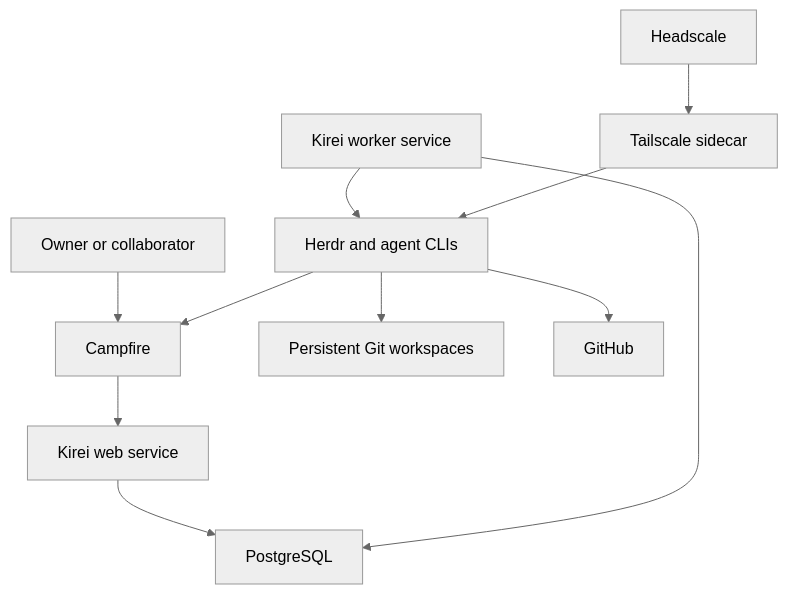
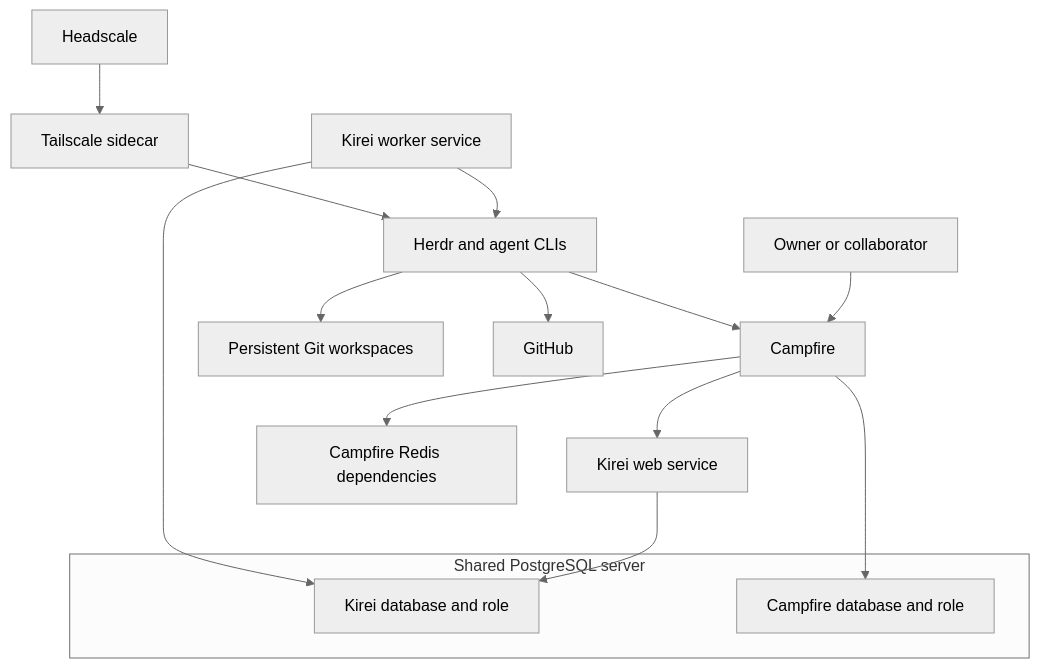
Before and after one commit to swiknaba/digitaltwin: the diagram in docs/agent-fleet-architecture-and-review.md, drawn with Mermaid (neutral theme). The commit also changed other lines of this file and 3 other files, not shown here.

Commit message:
docs: plan Campfire fork and PostgreSQL port

````diff
--- a/docs/agent-fleet-architecture-and-review.md
+++ b/docs/agent-fleet-architecture-and-review.md
@@ -112,13 +122,19 @@
 ```mermaid
 flowchart TD
     Human["Owner or collaborator"] --> Campfire["Campfire"]
     Campfire --> Web["Kirei web service"]
-    Web --> Database["PostgreSQL"]
+    subgraph PostgreSQL["Shared PostgreSQL server"]
+        Database["Kirei database and role"]
+        CampfireDB["Campfire database and role"]
+    end
+    Web --> Database
+    Campfire --> CampfireDB
+    Campfire --> Redis["Campfire Redis dependencies"]
     Worker["Kirei worker service"] --> Database
     Worker --> Runtime["Herdr and agent CLIs"]
     Runtime --> Repositories["Persistent Git workspaces"]
     Runtime --> GitHub["GitHub"]
     Runtime --> Campfire
     Tailnet["Tailscale sidecar"] --> Runtime
     Headscale["Headscale"] --> Tailnet
 ```
````
